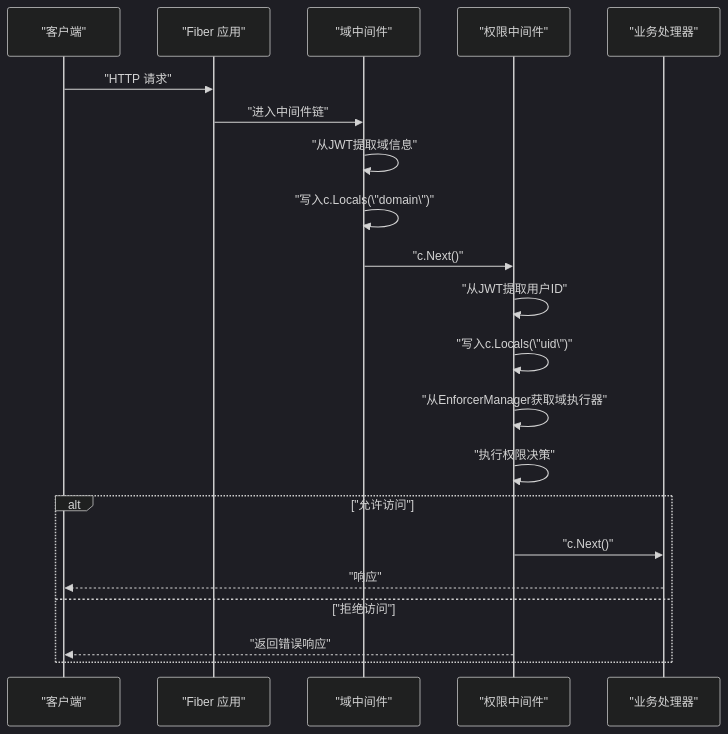
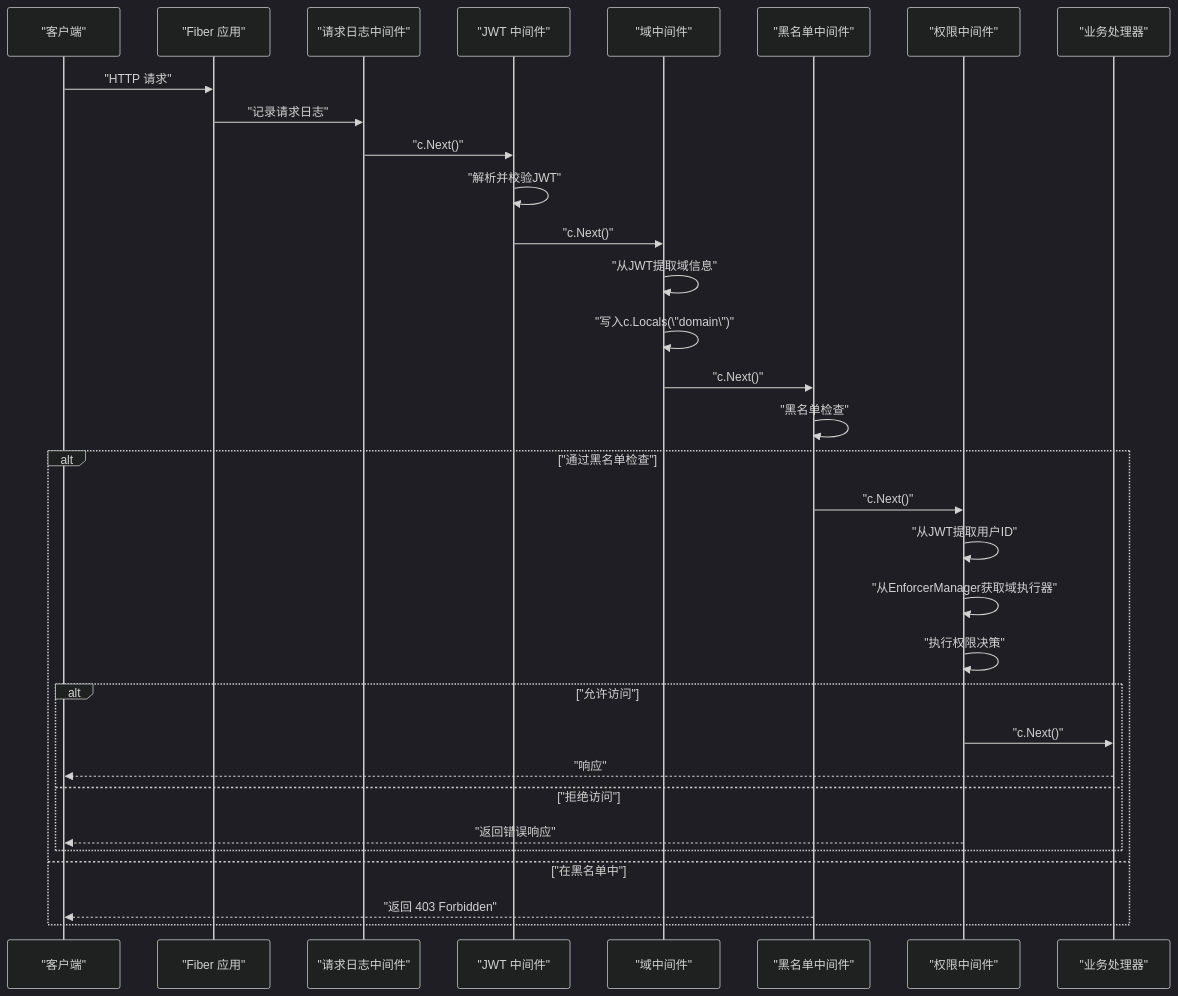
The second of 7 diagrams in .qoder/repowiki/zh/content/扩展开发/中间件扩展.md (wuwuseo/e-sports-go-admin), drawn with Mermaid (dark theme) before and after one commit. The commit also changed other lines of this file and 42 other files, not shown here.

````diff
--- a/.qoder/repowiki/zh/content/扩展开发/中间件扩展.md
+++ b/.qoder/repowiki/zh/content/扩展开发/中间件扩展.md
@@ -120,23 +133,34 @@
 ```mermaid
 sequenceDiagram
 participant C as "客户端"
 participant F as "Fiber 应用"
-participant MW1 as "域中间件"
-participant MW2 as "权限中间件"
+participant MW1 as "请求日志中间件"
+participant MW2 as "JWT 中间件"
+participant MW3 as "域中间件"
+participant MW4 as "黑名单中间件"
+participant MW5 as "权限中间件"
 participant H as "业务处理器"
 C->>F : "HTTP 请求"
-F->>MW1 : "进入中间件链"
-MW1->>MW1 : "从JWT提取域信息"
-MW1->>MW1 : "写入c.Locals(\"domain\")"
+F->>MW1 : "记录请求日志"
 MW1->>MW2 : "c.Next()"
-MW2->>MW2 : "从JWT提取用户ID"
-MW2->>MW2 : "写入c.Locals(\"uid\")"
-MW2->>MW2 : "从EnforcerManager获取域执行器"
-MW2->>MW2 : "执行权限决策"
+MW2->>MW2 : "解析并校验JWT"
+MW2->>MW3 : "c.Next()"
+MW3->>MW3 : "从JWT提取域信息"
+MW3->>MW3 : "写入c.Locals(\"domain\")"
+MW3->>MW4 : "c.Next()"
+MW4->>MW4 : "黑名单检查"
+alt "通过黑名单检查"
+MW4->>MW5 : "c.Next()"
+MW5->>MW5 : "从JWT提取用户ID"
+MW5->>MW5 : "从EnforcerManager获取域执行器"
+MW5->>MW5 : "执行权限决策"
 alt "允许访问"
-MW2->>H : "c.Next()"
+MW5->>H : "c.Next()"
 H-->>C : "响应"
 else "拒绝访问"
-MW2-->>C : "返回错误响应"
+MW5-->>C : "返回错误响应"
+end
+else "在黑名单中"
+MW4-->>C : "返回 403 Forbidden"
 end
 ```
````
